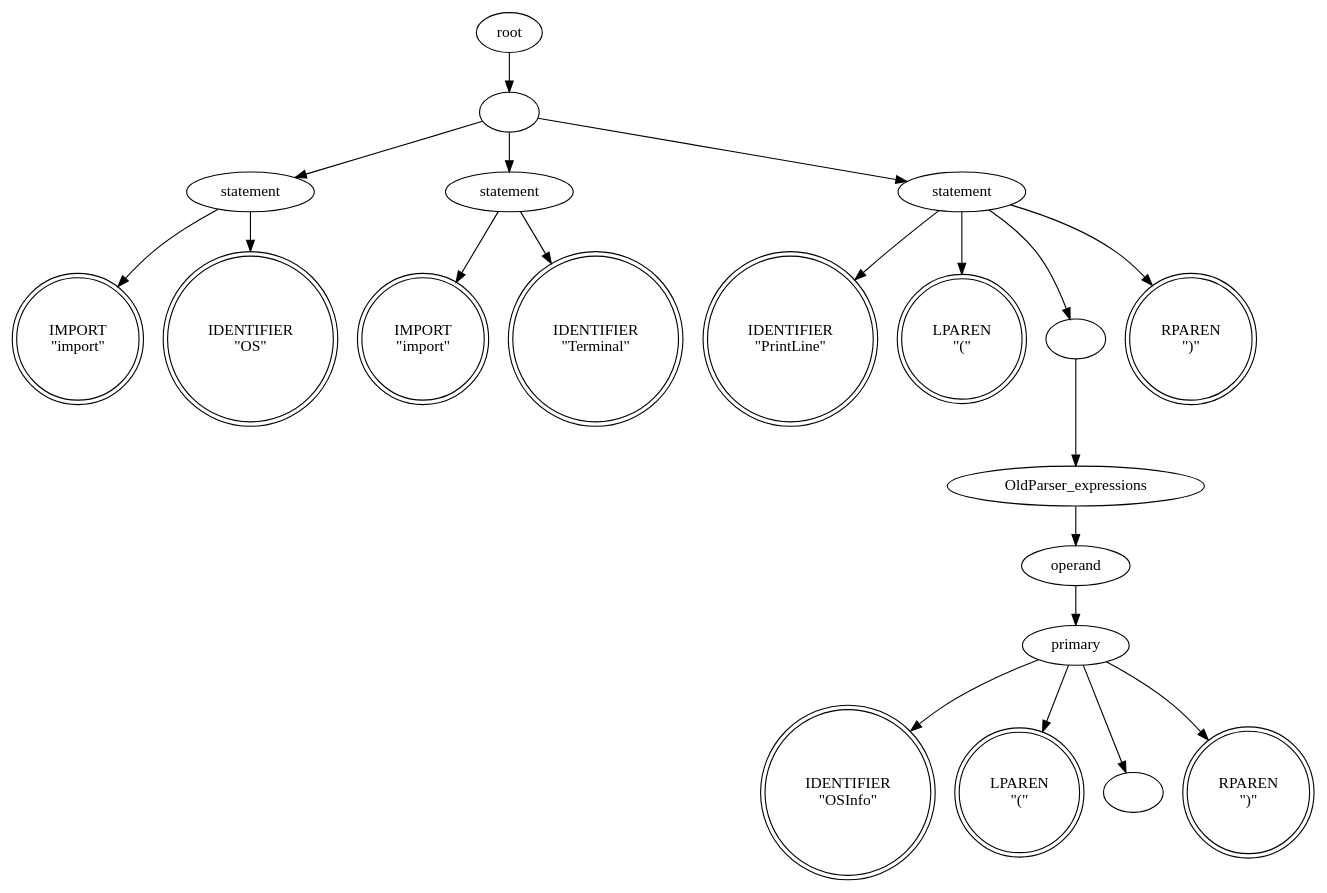
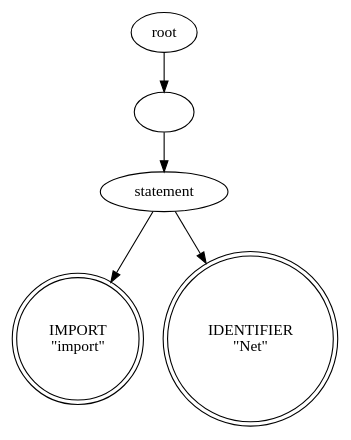
One commit to lijiajunply/Old8Lang changed the diagram in Old8Lang/Ex/tree_By_init.dot. Above: the diagram before and after it, drawn with Graphviz. The commit also changed 20 other files, not shown here.

```diff
--- a/Old8Lang/Ex/tree_By_init.dot
+++ b/Old8Lang/Ex/tree_By_init.dot
@@ -1,61 +1,16 @@
 digraph syntaxtree {
 0 [  label="IMPORT
 \"import\"" shape=doublecircle height=0.50]
 1 [  label="IDENTIFIER
-\"OS\"" shape=doublecircle height=0.50]
+\"Net\"" shape=doublecircle height=0.50]
 2 [  label="statement" shape=ellipse fontcolor=black height=0.50]
 2 [  label="statement" shape=ellipse fontcolor=black height=0.50]
-3 [  label="IMPORT
-\"import\"" shape=doublecircle height=0.50]
-4 [  label="IDENTIFIER
-\"Terminal\"" shape=doublecircle height=0.50]
-5 [  label="statement" shape=ellipse fontcolor=black height=0.50]
-5 [  label="statement" shape=ellipse fontcolor=black height=0.50]
-6 [  label="IDENTIFIER
-\"PrintLine\"" shape=doublecircle height=0.50]
-7 [  label="LPAREN
-\"(\"" shape=doublecircle height=0.50]
-8 [  label="IDENTIFIER
-\"OSInfo\"" shape=doublecircle height=0.50]
-9 [  label="LPAREN
-\"(\"" shape=doublecircle height=0.50]
-10 [  label="" shape=ellipse fontcolor=black height=0.50]
-10 [  label="" shape=ellipse fontcolor=black height=0.50]
-11 [  label="RPAREN
-\")\"" shape=doublecircle height=0.50]
-12 [  label="primary" shape=ellipse fontcolor=black height=0.50]
-12 [  label="primary" shape=ellipse fontcolor=black height=0.50]
-13 [  label="operand" shape=ellipse fontcolor=black height=0.50]
-13 [  label="operand" shape=ellipse fontcolor=black height=0.50]
-14 [  label="OldParser_expressions" shape=ellipse fontcolor=black height=0.50]
-14 [  label="OldParser_expressions" shape=ellipse fontcolor=black height=0.50]
-15 [  label="" shape=ellipse fontcolor=black height=0.50]
-15 [  label="" shape=ellipse fontcolor=black height=0.50]
-16 [  label="RPAREN
-\")\"" shape=doublecircle height=0.50]
-17 [  label="statement" shape=ellipse fontcolor=black height=0.50]
-17 [  label="statement" shape=ellipse fontcolor=black height=0.50]
-18 [  label="" shape=ellipse fontcolor=black height=0.50]
-18 [  label="" shape=ellipse fontcolor=black height=0.50]
-19 [  label="root" shape=ellipse fontcolor=black height=0.50]
-19 [  label="root" shape=ellipse fontcolor=black height=0.50]
+3 [  label="" shape=ellipse fontcolor=black height=0.50]
+3 [  label="" shape=ellipse fontcolor=black height=0.50]
+4 [  label="root" shape=ellipse fontcolor=black height=0.50]
+4 [  label="root" shape=ellipse fontcolor=black height=0.50]
 2->0 [  arrowshape=none];
 2->1 [  arrowshape=none];
-5->3 [  arrowshape=none];
-5->4 [  arrowshape=none];
-12->8 [  arrowshape=none];
-12->9 [  arrowshape=none];
-12->10 [  arrowshape=none];
-12->11 [  arrowshape=none];
-13->12 [  arrowshape=none];
-14->13 [  arrowshape=none];
-15->14 [  arrowshape=none];
-17->6 [  arrowshape=none];
-17->7 [  arrowshape=none];
-17->15 [  arrowshape=none];
-17->16 [  arrowshape=none];
-18->2 [  arrowshape=none];
-18->5 [  arrowshape=none];
-18->17 [  arrowshape=none];
-19->18 [  arrowshape=none];
+3->2 [  arrowshape=none];
+4->3 [  arrowshape=none];
 }
```
